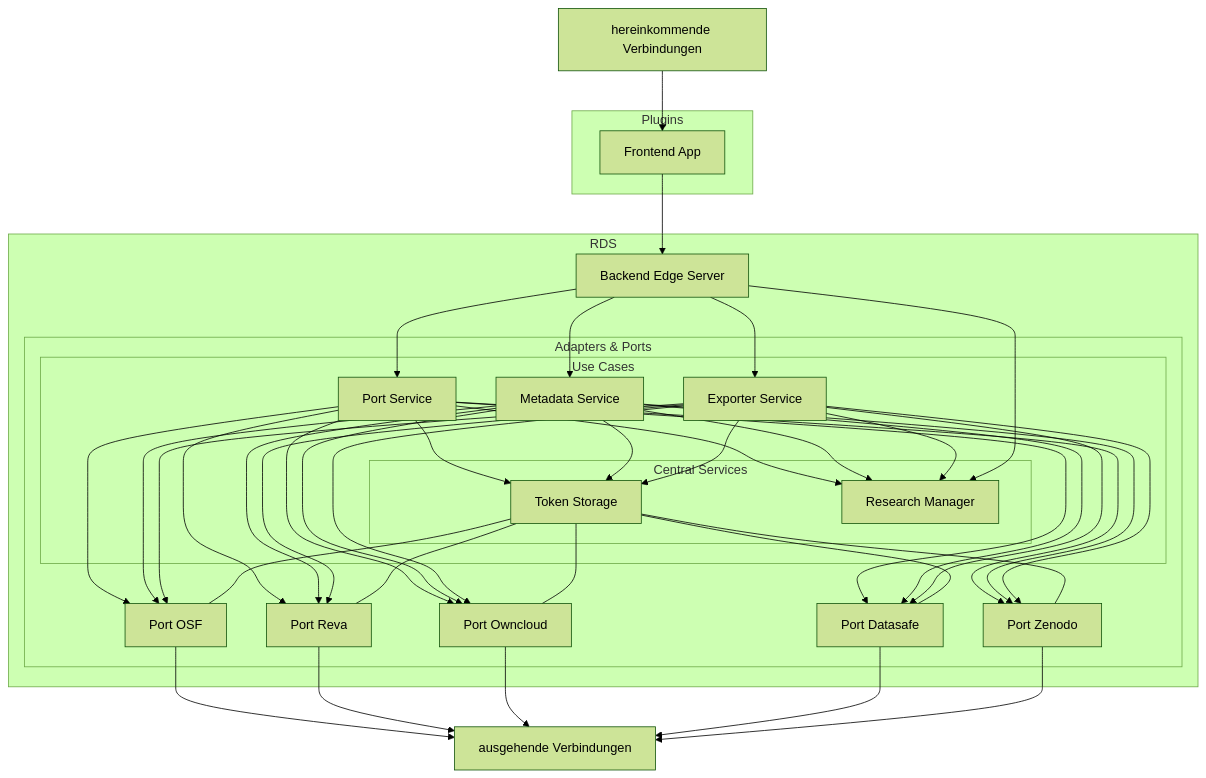
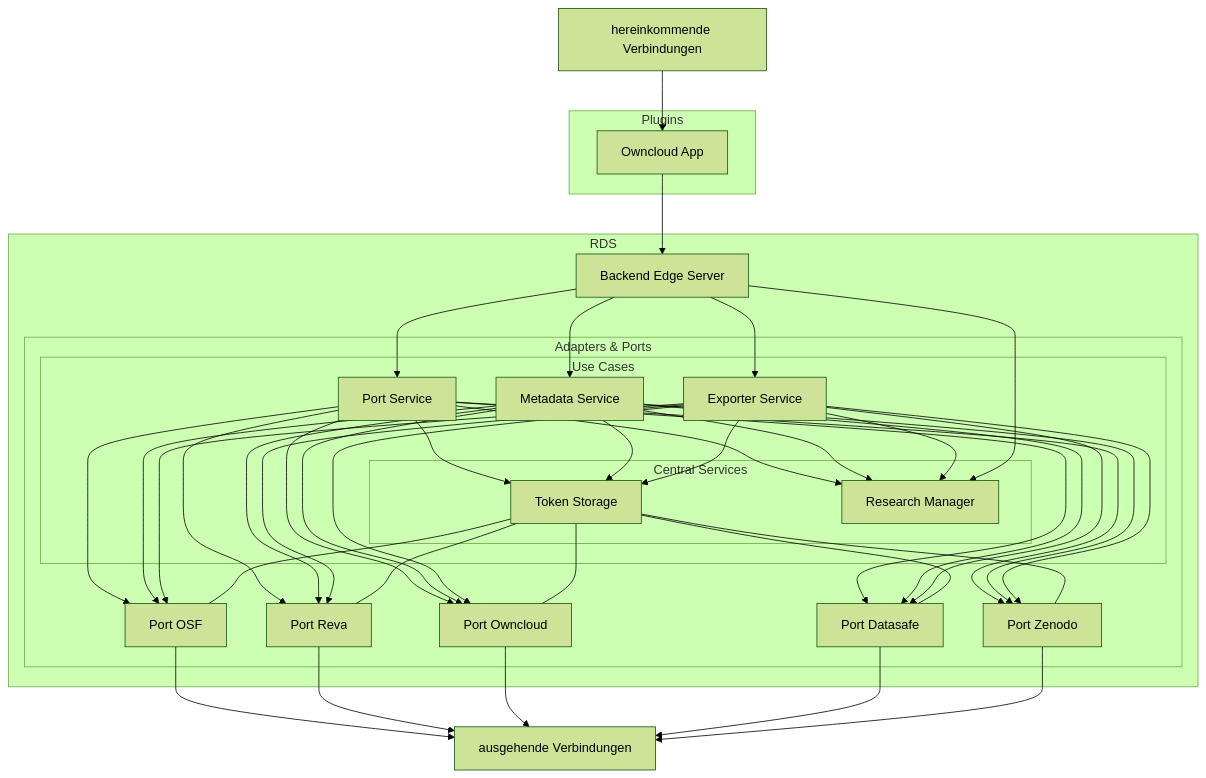
One commit to Sciebo-RDS/Sciebo-RDS changed the diagram in docs/content/doc/impl/infrastructure/ecosystem.de.md. Above: the diagram before and after it, drawn with Mermaid (forest theme). The commit also changed 1 other file, not shown here.

````diff
--- a/docs/content/doc/impl/infrastructure/ecosystem.de.md
+++ b/docs/content/doc/impl/infrastructure/ecosystem.de.md
@@ -18,70 +18,70 @@
 ```mermaid
 graph TD;
   %% define nodes
   
   subgraph Plugins
-      OP[Frontend App]
+      OP[Owncloud App]
   end
 
   subgraph RDS
     Ingress[Backend Edge Server]
 
     subgraph Adapters & Ports
       %% SPAEx[SPA Exporter]
       %% SPATS[SPA Token Storage]
 
       PInvenio[Port Zenodo]
       POwncloud[Port Owncloud]
       POSF[Port OSF]
       PReva[Port Reva]
       PDatasafe[Port Datasafe]
 
       subgraph Use Cases
         UCExporter[Exporter Service]
         UCPort[Port Service]
         UCMetadata[Metadata Service]
         %% UCProject[Project Service]
 
         subgraph Central Services
           CSToken[Token Storage]
           CSProject[Research Manager]
         end
       end
     end
   end
 
   WWWI[hereinkommende Verbindungen]
   WWWO[ausgehende Verbindungen]
 
   click OP "/doc/impl/plugins/owncloud/"
 
   click PInvenio "/doc/impl/ports/port-invenio"
   click POwncloud "/doc/impl/ports/port-storage"
   click PReva "https://github.com/Sciebo-RDS/port-reva"
   click POSF "/doc/impl/ports/port-osf"
   click PDatasafe "https://github.com/Sciebo-RDS/port_datasafe"
 
   click UCPort "/doc/impl/use-cases/port-service"
   click UCExporter "/doc/impl/use-cases/exporter"
   click UCMetadata "/doc/impl/use-cases/metadata"
 
   click CSProject "/doc/impl/central/research-manager"
   click CSToken ""/doc/impl/central/token-storage""
 
   %% define connections
   WWWI --> OP
   OP --> Ingress
 
   %% Ingress --> SPAEx --> UCExporter
   %% Ingress --> SPATS --> CSToken
   %% Ingress -->|Nur für die Registration von neuen Tokens| ARegister
   Ingress --> CSProject & UCExporter & UCMetadata & UCPort
 
   %% UCExporter --> UCProject
   %% UCProject --> CSProject
 
   CSToken --- PInvenio & POwncloud & PReva & POSF & PDatasafe
   UCExporter & UCMetadata & UCPort --> PInvenio & POwncloud & PReva & POSF & PDatasafe & CSProject & CSToken
 
   PInvenio & PDatasafe & POwncloud & PReva & POSF --> WWWO
 ```
````
